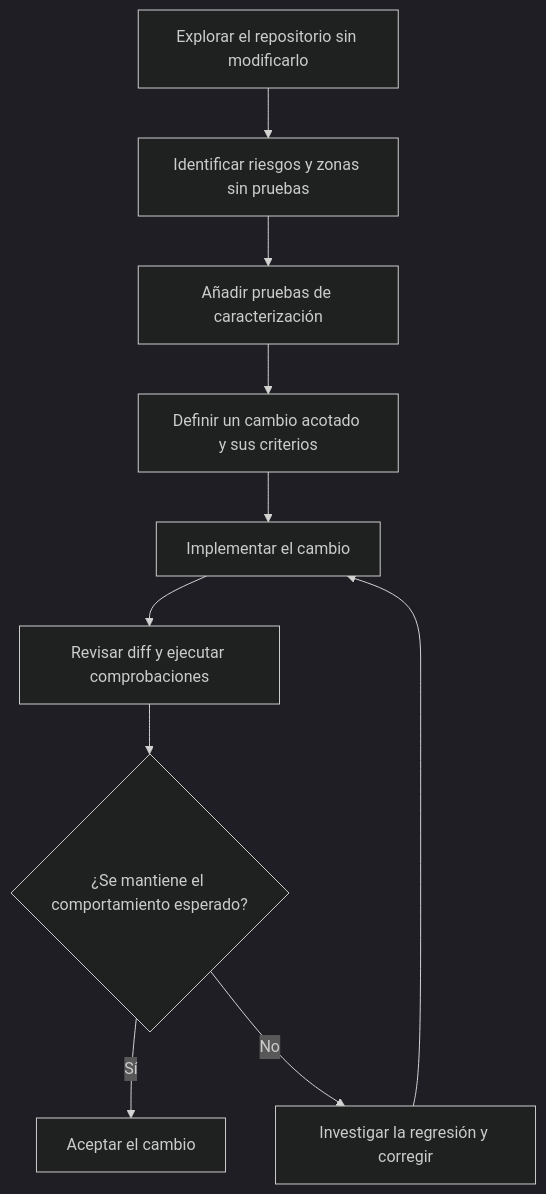
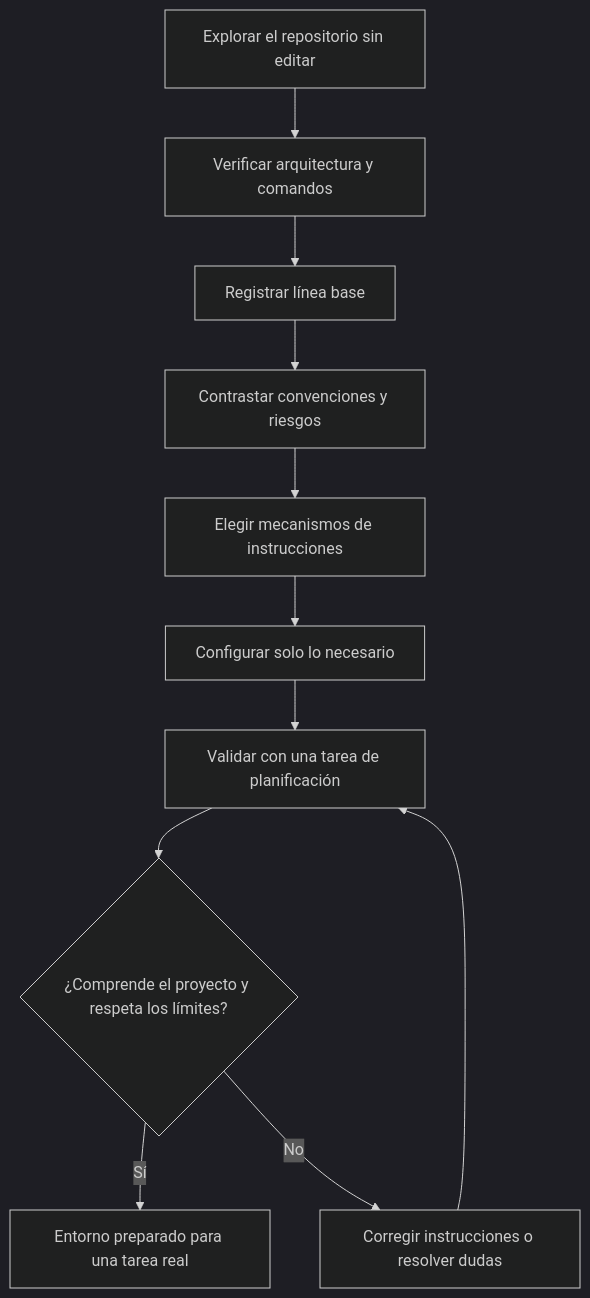
Before and after one commit to sigdeletras/ai-assisted-development-guide: the diagram in laboratorio/03-proyecto-existente/README.md, drawn with Mermaid (dark theme). The commit also changed other lines of this file, not shown here.

Commit message:
docs(lab-03): enfocar práctica en preparar repositorio para IA

````diff
--- a/laboratorio/03-proyecto-existente/README.md
+++ b/laboratorio/03-proyecto-existente/README.md
@@ -22,16 +87,13 @@
 ```mermaid
 flowchart TD
-    A["Explorar el repositorio sin modificarlo"]
-    B["Identificar riesgos y zonas sin pruebas"]
-    C["Añadir pruebas de caracterización"]
-    D["Definir un cambio acotado y sus criterios"]
-    E["Implementar el cambio"]
-    F["Revisar diff y ejecutar comprobaciones"]
-    G{"¿Se mantiene el comportamiento esperado?"}
-    H["Aceptar el cambio"]
-    I["Investigar la regresión y corregir"]
-
-    A --> B --> C --> D --> E --> F --> G
-    G -- "Sí" --> H
-    G -- "No" --> I --> E
+    A["Explorar el repositorio sin editar"] --> B["Verificar arquitectura y comandos"]
+    B --> C["Registrar línea base"]
+    C --> D["Contrastar convenciones y riesgos"]
+    D --> E["Elegir mecanismos de instrucciones"]
+    E --> F["Configurar solo lo necesario"]
+    F --> G["Validar con una tarea de planificación"]
+    G --> H{"¿Comprende el proyecto y respeta los límites?"}
+    H -- "Sí" --> I["Entorno preparado para una tarea real"]
+    H -- "No" --> J["Corregir instrucciones o resolver dudas"]
+    J --> G
 ```
````
